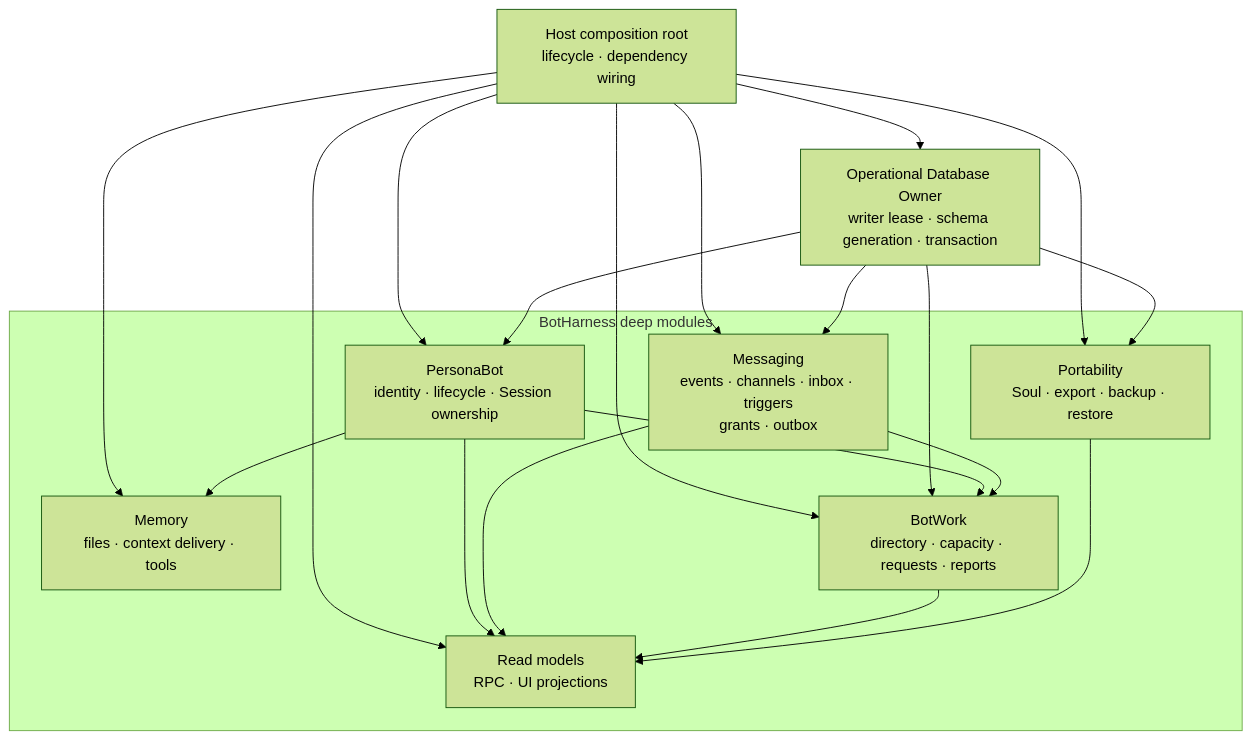
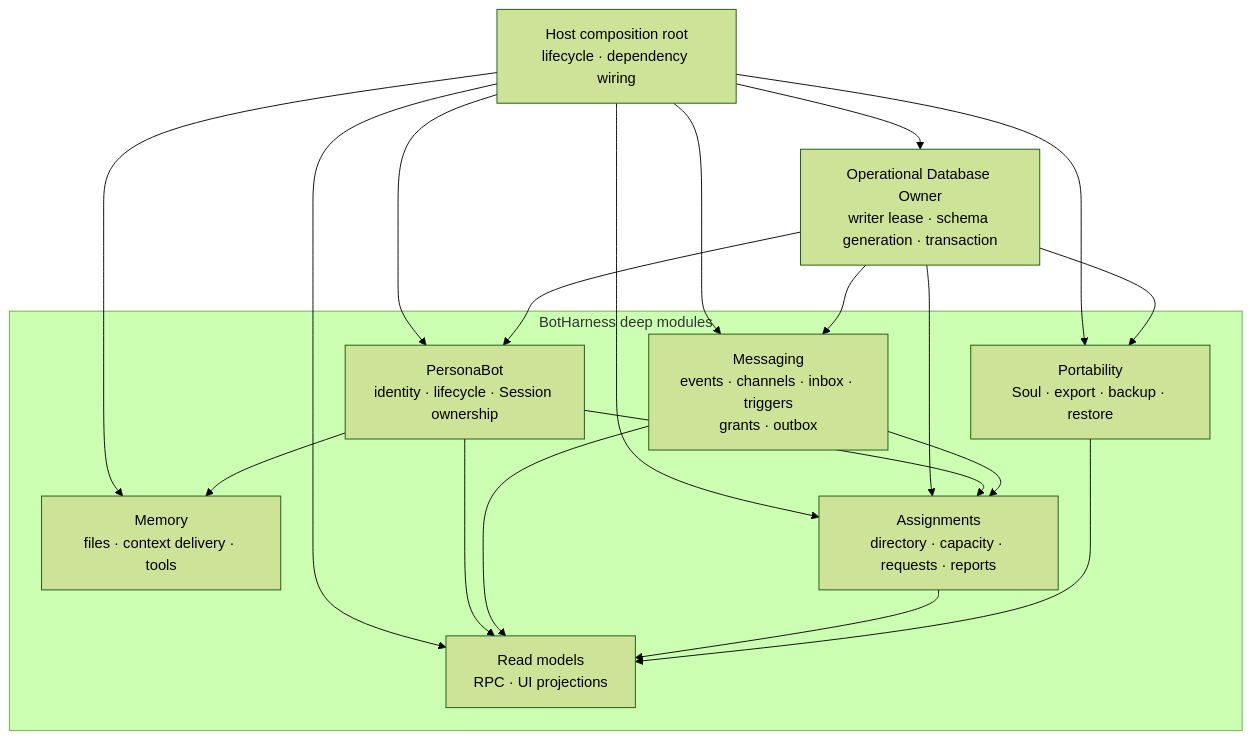
Before and after one commit to BotHarness/BotHarness: the second of 6 diagrams in docs/architecture/botharness-architecture.en.md, drawn with Mermaid (forest theme). The commit also changed other lines of this file and 70 other files, not shown here.

Commit message:
docs: define PersonaBot assignments navigation

````diff
--- a/docs/architecture/botharness-architecture.en.md
+++ b/docs/architecture/botharness-architecture.en.md
@@ -62,33 +62,33 @@
 ```mermaid
 flowchart TB
   Root["Host composition root<br/>lifecycle · dependency wiring"]
   DB["Operational Database Owner<br/>writer lease · schema generation · transaction"]
 
   subgraph Modules["BotHarness deep modules"]
     Bots["PersonaBot<br/>identity · lifecycle · Session ownership"]
     Memory["Memory<br/>files · context delivery · tools"]
     Msg["Messaging<br/>events · channels · inbox · triggers<br/>grants · outbox"]
-    Work["BotWork<br/>directory · capacity · requests · reports"]
+    Assignments["Assignments<br/>directory · capacity · requests · reports"]
     Portable["Portability<br/>Soul · export · backup · restore"]
     Views["Read models<br/>RPC · UI projections"]
   end
 
   Root --> DB
   Root --> Bots
   Root --> Memory
   Root --> Msg
-  Root --> Work
+  Root --> Assignments
   Root --> Portable
   Root --> Views
   DB --> Bots
   DB --> Msg
-  DB --> Work
+  DB --> Assignments
   DB --> Portable
   Bots --> Memory
-  Bots --> Work
-  Msg --> Work
+  Bots --> Assignments
+  Msg --> Assignments
   Bots --> Views
   Msg --> Views
-  Work --> Views
+  Assignments --> Views
   Portable --> Views
 ```
````
